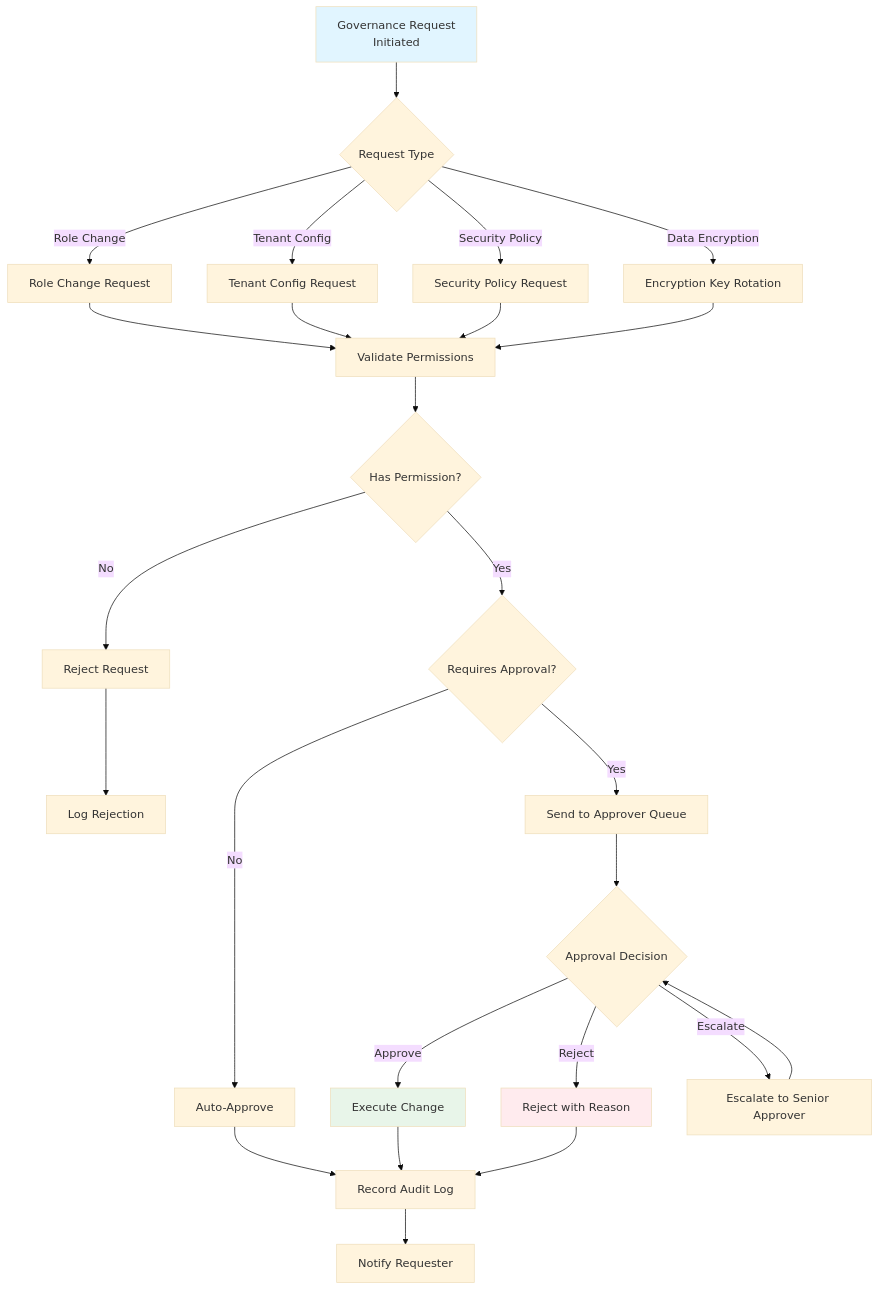
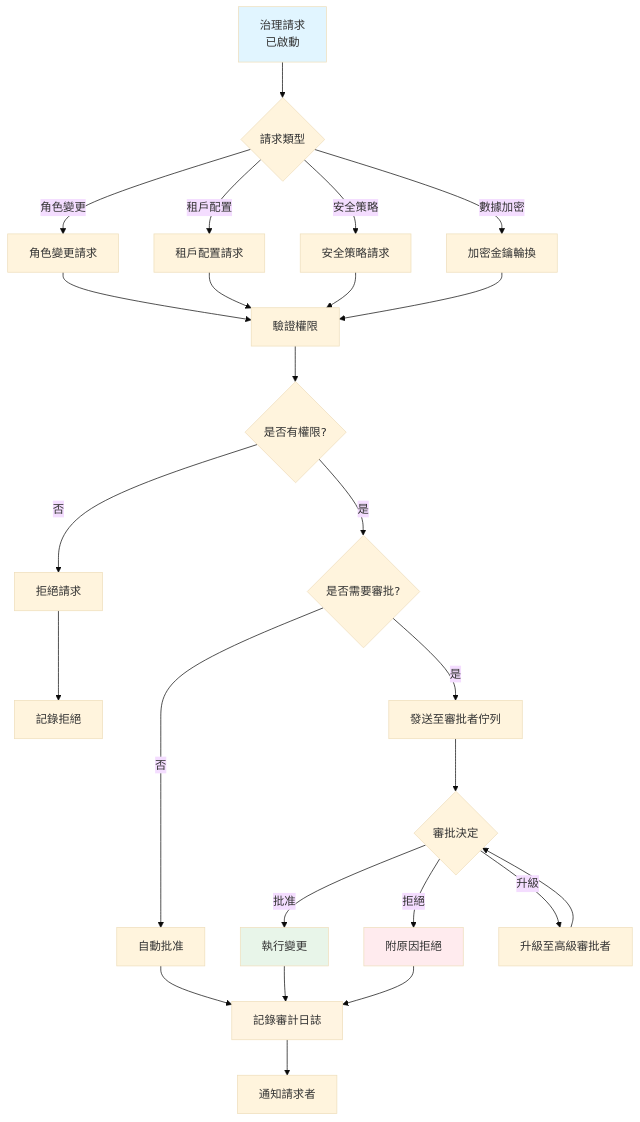
One commit to ron03wlb/smart-admin changed the diagram in docs/iGaming/architecture/06_Platform_Core/Governance_Implementation.md. Above: the diagram before and after it, drawn with Mermaid (base theme). The commit also changed other lines of this file and 4 other files, not shown here.

````diff
--- a/docs/iGaming/architecture/06_Platform_Core/Governance_Implementation.md
+++ b/docs/iGaming/architecture/06_Platform_Core/Governance_Implementation.md
@@ -18,41 +18,41 @@
 ```mermaid
 flowchart TD
-    A[Governance Request<br/>Initiated] --> B{Request Type}
+    A[治理請求<br/>已啟動] --> B{請求類型}
 
-    B -->|Role Change| C[Role Change Request]
-    B -->|Tenant Config| D[Tenant Config Request]
-    B -->|Security Policy| E[Security Policy Request]
-    B -->|Data Encryption| F[Encryption Key Rotation]
+    B -->|角色變更| C[角色變更請求]
+    B -->|租戶配置| D[租戶配置請求]
+    B -->|安全策略| E[安全策略請求]
+    B -->|數據加密| F[加密金鑰輪換]
 
-    C --> G[Validate Permissions]
+    C --> G[驗證權限]
     D --> G
     E --> G
     F --> G
 
-    G --> H{Has Permission?}
-    H -->|No| I[Reject Request]
-    H -->|Yes| J{Requires Approval?}
+    G --> H{是否有權限?}
+    H -->|否| I[拒絕請求]
+    H -->|是| J{是否需要審批?}
 
-    J -->|No| K[Auto-Approve]
-    J -->|Yes| L[Send to Approver Queue]
+    J -->|否| K[自動批准]
+    J -->|是| L[發送至審批者佇列]
 
-    L --> M{Approval Decision}
-    M -->|Approve| N[Execute Change]
-    M -->|Reject| O[Reject with Reason]
-    M -->|Escalate| P[Escalate to Senior Approver]
+    L --> M{審批決定}
+    M -->|批准| N[執行變更]
+    M -->|拒絕| O[附原因拒絕]
+    M -->|升級| P[升級至高級審批者]
 
     P --> M
 
-    N --> Q[Record Audit Log]
+    N --> Q[記錄審計日誌]
     O --> Q
     K --> Q
 
-    Q --> R[Notify Requester]
+    Q --> R[通知請求者]
 
-    I --> S[Log Rejection]
+    I --> S[記錄拒絕]
 
     style A fill:#e1f5ff
     style N fill:#e8f5e9
     style O fill:#ffebee
     style Q fill:#fff4e1
 ```
````
